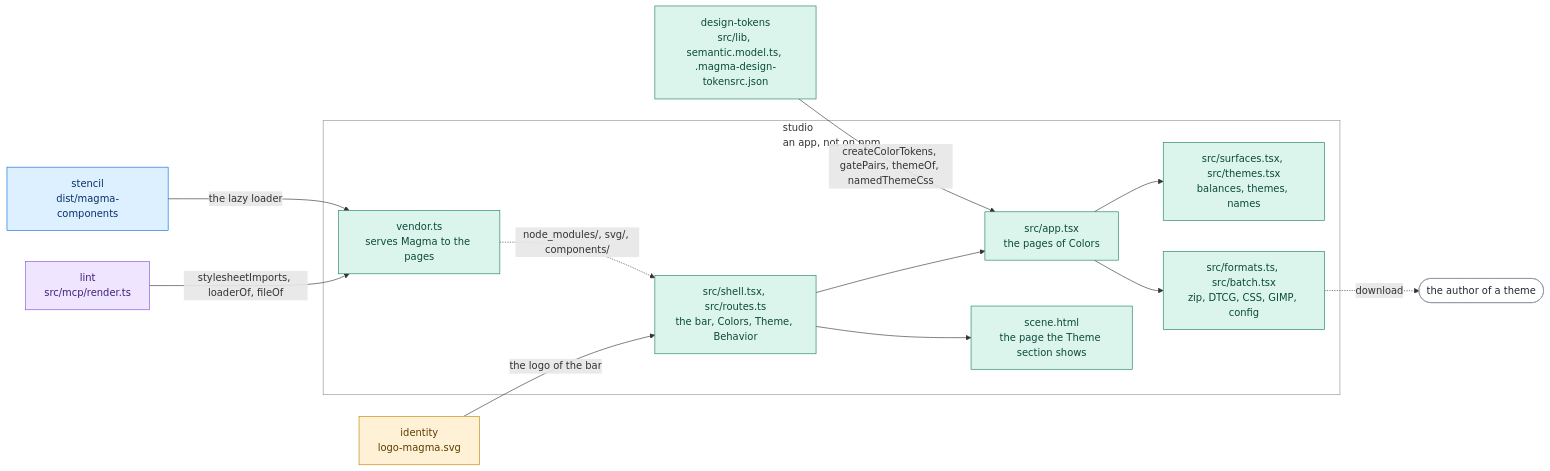
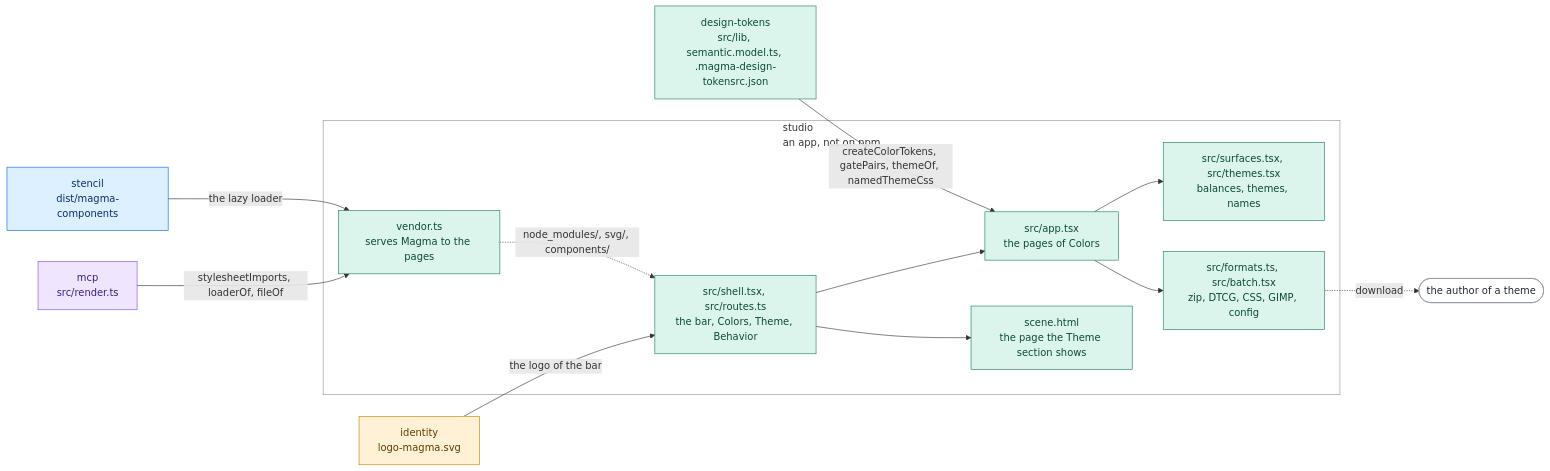
One commit to magma-design-system/magma changed the diagram in projects/studio/README.md. Above: the diagram before and after it, drawn with Mermaid.

Commit message:
docs(studio): the render the pages load comes from mcp, in the diagram too
The MCP server moved out of lint into projects/mcp (#1287): the studio reads
stylesheetImports, loaderOf and fileOf from projects/mcp/src/render.ts, so its
diagram draws mcp where it drew lint, as magma:check.diagrams requires.

````diff
--- a/projects/studio/README.md
+++ b/projects/studio/README.md
@@ -155,38 +155,38 @@
 ```mermaid
 flowchart LR
   DT["design-tokens<br/>src/lib, semantic.model.ts, .magma-design-tokensrc.json"]
-  LINT["lint<br/>src/mcp/render.ts"]
+  MCP["mcp<br/>src/render.ts"]
   WC["stencil<br/>dist/magma-components"]
   ID["identity<br/>logo-magma.svg"]
   subgraph stu["studio<br/>an app, not on npm"]
     SHELL["src/shell.tsx, src/routes.ts<br/>the bar, Colors, Theme, Behavior"]
     APP["src/app.tsx<br/>the pages of Colors"]
     SURF["src/surfaces.tsx, src/themes.tsx<br/>balances, themes, names"]
     OUT["src/formats.ts, src/batch.tsx<br/>zip, DTCG, CSS, GIMP, config"]
     VEN["vendor.ts<br/>serves Magma to the pages"]
     SCENE["scene.html<br/>the page the Theme section shows"]
     SHELL --> APP
     SHELL --> SCENE
     APP --> SURF
     APP --> OUT
   end
   DT -->|"createColorTokens, gatePairs, themeOf, namedThemeCss"| APP
-  LINT -->|"stylesheetImports, loaderOf, fileOf"| VEN
+  MCP -->|"stylesheetImports, loaderOf, fileOf"| VEN
   WC -->|"the lazy loader"| VEN
   ID -->|"the logo of the bar"| SHELL
   VEN -.->|"node_modules/, svg/, components/"| SHELL
   OUT -.->|"download"| AUTHOR(["the author of a theme"])
   class DT,APP,SURF,OUT,SHELL,VEN,SCENE visual
-  class LINT ai
+  class MCP ai
   class WC components
   class ID assets
   class AUTHOR outside
   class stu area
   classDef ai fill:#efe5ff,stroke:#8250df,color:#3e1f79
   classDef assets fill:#fff1d6,stroke:#bf8700,color:#5c3d00
   classDef visual fill:#dcf5ec,stroke:#1a7f64,color:#0b4a3a
   classDef components fill:#ddf0ff,stroke:#0969da,color:#0a3069
   classDef tooling fill:#eceff3,stroke:#57606a,color:#24292f
   classDef outside fill:#ffffff,stroke:#8c959f,color:#24292f
   classDef area fill:none,stroke:#8c959f
 ```
````
